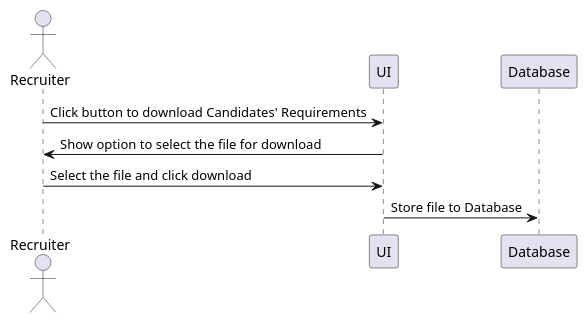
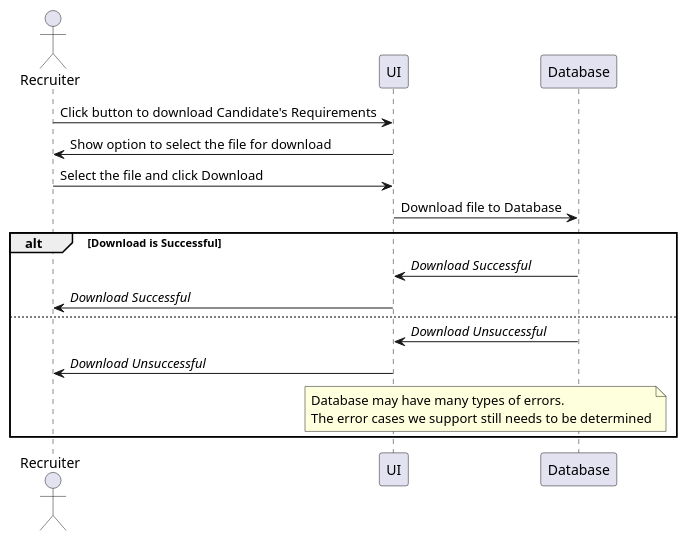
The diagram in UseCases/DownloadCandidateRequirements.rst (jpgacrama/recruitment-platform), drawn with PlantUML before and after one commit. The commit also changed other lines of this file and 8 other files, not shown here.

Commit message:
Moved the List of Candidate states to High level requirements for User Profile

```diff
--- a/UseCases/DownloadCandidateRequirements.rst
+++ b/UseCases/DownloadCandidateRequirements.rst
@@ -21,15 +21,28 @@
 .. uml::
 
     @startuml
 
         actor "Recruiter" as Recruiter
         participant "UI" as UI
         participant "Database" as Database
 
-        Recruiter  -> UI: Click button to download Candidates' Requirements
+        Recruiter  -> UI: Click button to download Candidate's Requirements
         UI -> Recruiter: Show option to select the file for download
-        Recruiter -> UI: Select the file and click download
+        Recruiter -> UI: Select the file and click Download
 
-        UI -> Database: Store file to Database
+        UI -> Database: Download file to Database
+        
+        alt Download is Successful
+            Database -> UI: //Download Successful//
+            UI -> Recruiter: //Download Successful//
+        else
+            Database -> UI: //Download Unsuccessful//
+            UI -> Recruiter: //Download Unsuccessful//
+
+            note over Database, UI
+                Database may have many types of errors. 
+                The error cases we support still needs to be determined
+            end note
+        end
 
     @enduml
```
